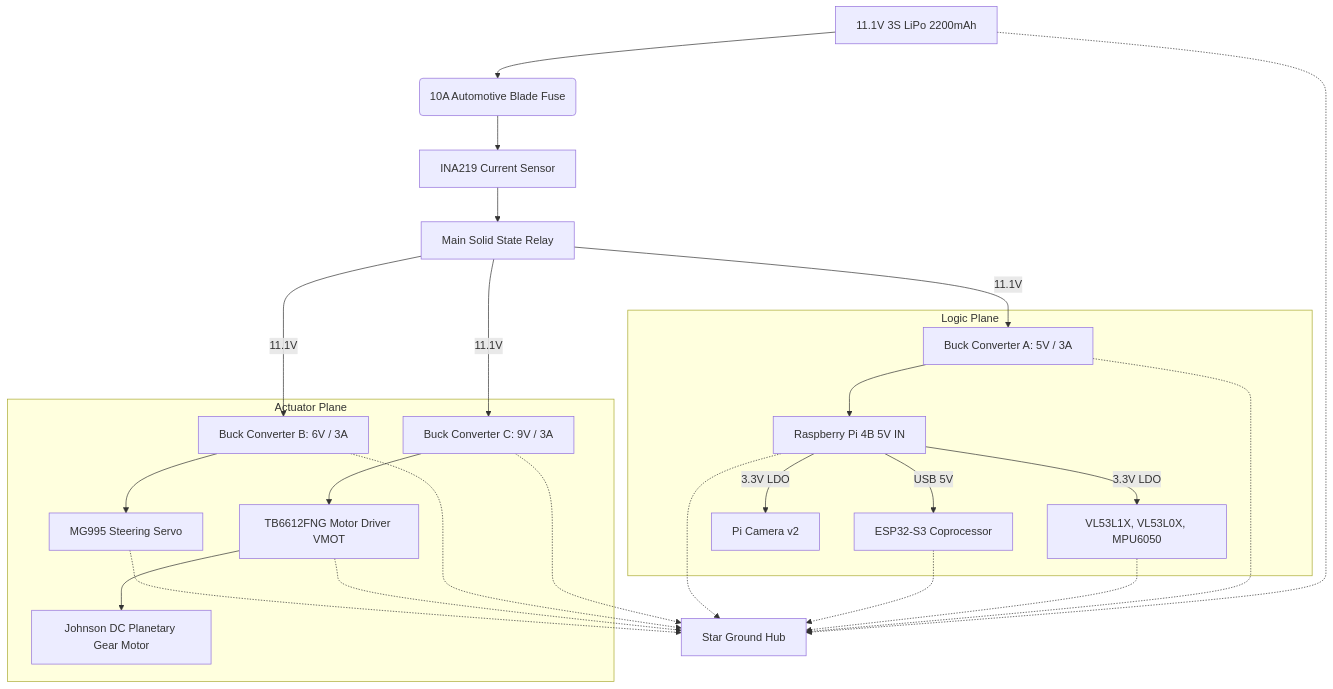
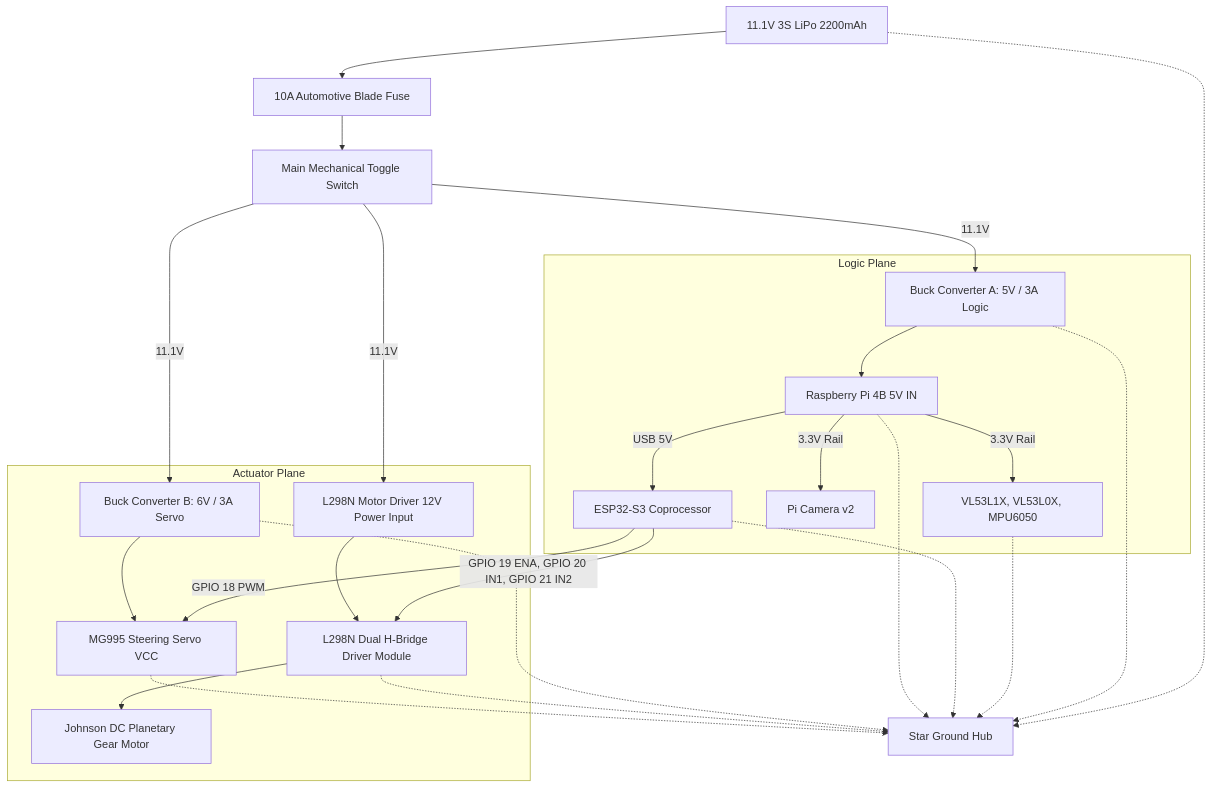
The first of 5 diagrams in docs/02_power_sense.md (SHRUT6633/car), drawn with Mermaid before and after one commit. The commit also changed other lines of this file and 5 other files, not shown here.

Commit message:
Update docs: replace TB6612FNG/INA219/SSR references with exact physical setup (L298N motor driver, direct 10A blade fused power rail, dual buck converters, toggle switch)

````diff
--- a/docs/02_power_sense.md
+++ b/docs/02_power_sense.md
@@ -72,34 +55,34 @@
 ```mermaid
 graph TD
-    BATT[11.1V 3S LiPo 2200mAh] --> FUSE(10A Automotive Blade Fuse)
-    FUSE --> CURR_SENSE[INA219 Current Sensor]
-    CURR_SENSE --> SW[Main Solid State Relay]
+    BATT[11.1V 3S LiPo 2200mAh] --> FUSE[10A Automotive Blade Fuse]
+    FUSE --> SW[Main Mechanical Toggle Switch]
     
-    SW -->|11.1V| BUCK_A[Buck Converter A: 5V / 3A]
-    SW -->|11.1V| BUCK_B[Buck Converter B: 6V / 3A]
-    SW -->|11.1V| BUCK_C[Buck Converter C: 9V / 3A]
+    SW -->|11.1V| BUCK_A[Buck Converter A: 5V / 3A Logic]
+    SW -->|11.1V| BUCK_B[Buck Converter B: 6V / 3A Servo]
+    SW -->|11.1V| L298N_VCC[L298N Motor Driver 12V Power Input]
     
     subgraph Logic Plane
         BUCK_A --> PI[Raspberry Pi 4B 5V IN]
-        PI -->|3.3V LDO| SENSORS[VL53L1X, VL53L0X, MPU6050]
-        PI -->|3.3V LDO| CAM[Pi Camera v2]
+        PI -->|3.3V Rail| SENSORS[VL53L1X, VL53L0X, MPU6050]
+        PI -->|3.3V Rail| CAM[Pi Camera v2]
         PI -->|USB 5V| ESP32[ESP32-S3 Coprocessor]
     end
     
     subgraph Actuator Plane
-        BUCK_B --> SERVO[MG995 Steering Servo]
-        BUCK_C --> VMOT[TB6612FNG Motor Driver VMOT]
-        VMOT --> DC[Johnson DC Planetary Gear Motor]
+        BUCK_B --> SERVO[MG995 Steering Servo VCC]
+        L298N_VCC --> L298N[L298N Dual H-Bridge Driver Module]
+        L298N --> DC[Johnson DC Planetary Gear Motor]
+        ESP32 -->|GPIO 18 PWM| SERVO
+        ESP32 -->|GPIO 19 ENA, GPIO 20 IN1, GPIO 21 IN2| L298N
     end
     
     %% Ground paths
     PI -.-> GND_STAR[Star Ground Hub]
     ESP32 -.-> GND_STAR
     SENSORS -.-> GND_STAR
     SERVO -.-> GND_STAR
-    VMOT -.-> GND_STAR
+    L298N -.-> GND_STAR
     BUCK_A -.-> GND_STAR
     BUCK_B -.-> GND_STAR
-    BUCK_C -.-> GND_STAR
     BATT -.-> GND_STAR
 ```
````
